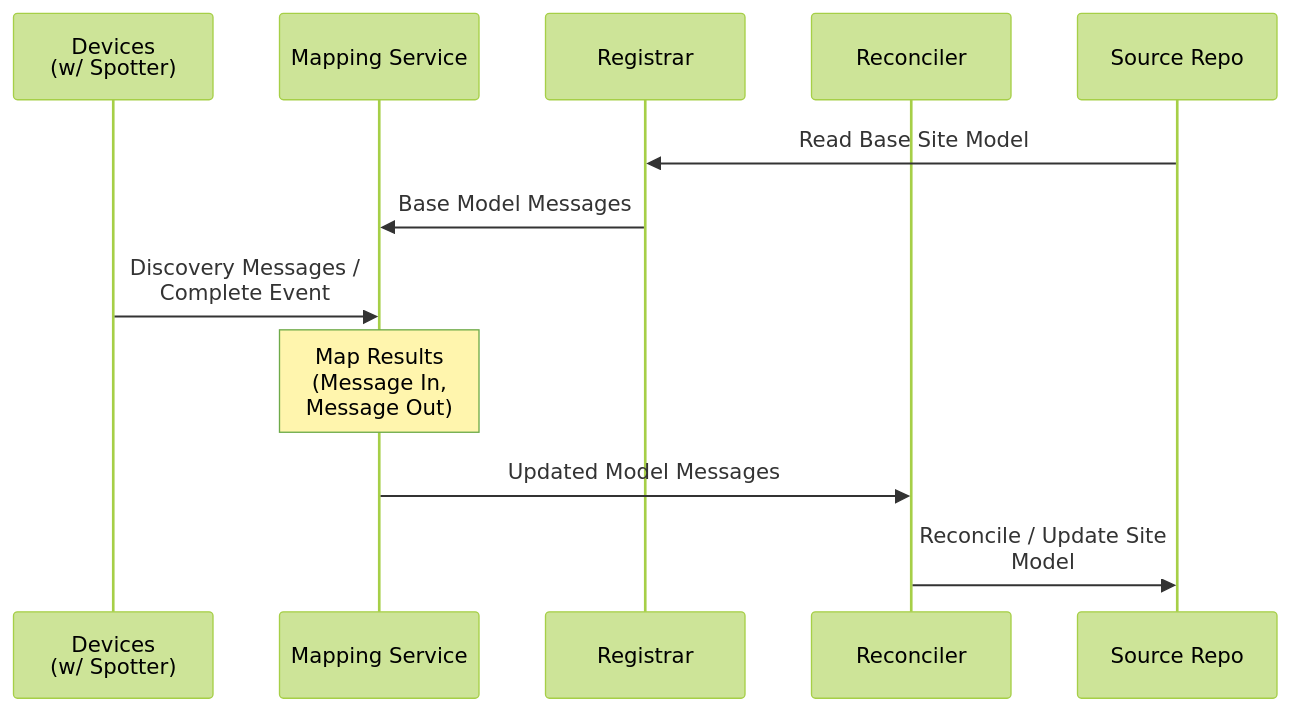
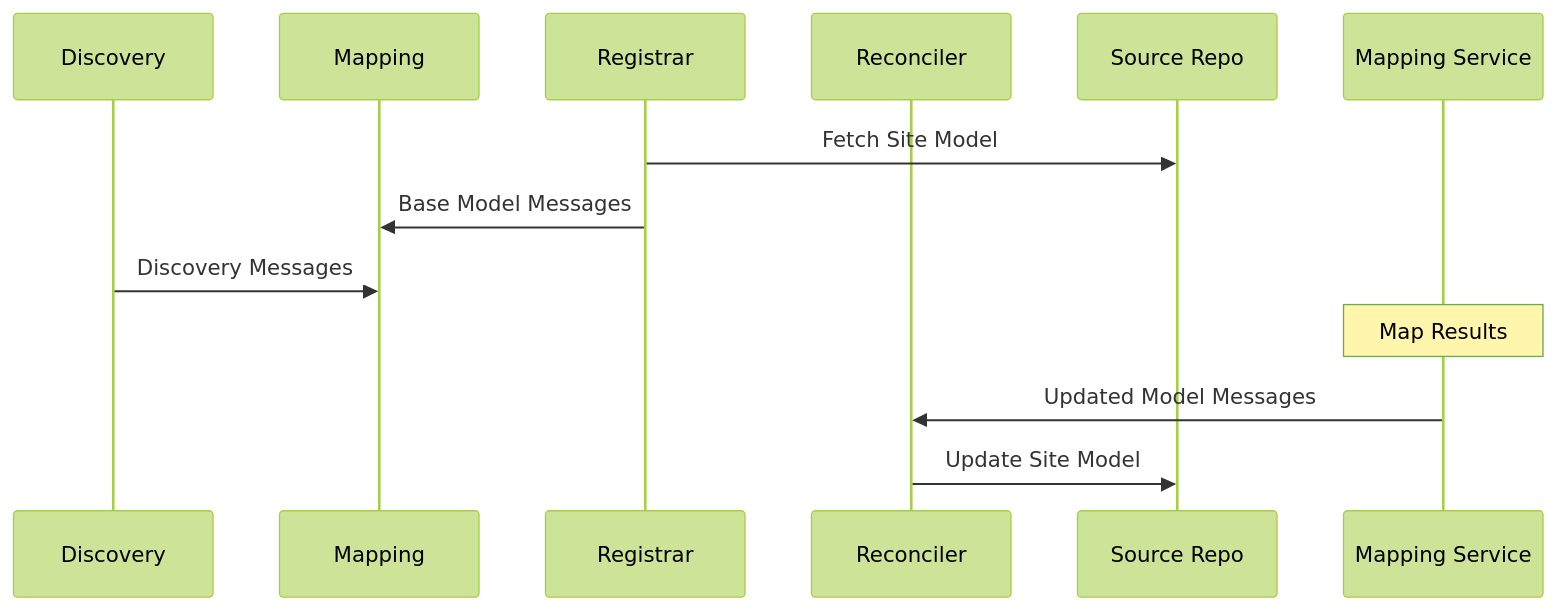
Before and after one commit to faucetsdn/udmi: the first of 2 diagrams in docs/specs/mapping.md, drawn with Mermaid (forest theme). The commit also changed other lines of this file, not shown here.

````diff
--- a/docs/specs/mapping.md
+++ b/docs/specs/mapping.md
@@ -22,16 +22,16 @@
 ```mermaid
 sequenceDiagram
   %%{wrap}%%
-  participant Devices as Devices<br/>(w/ Spotter)
-  participant Mapping Service
+  participant Discovery
+  participant Mapping
   participant Registrar
   participant Reconciler
-  participant Source Repo 
+  participant Source Repo
   
-  Source Repo->>Registrar: Read Base Site Model
-  Registrar->>Mapping Service: Base Model Messages
-  Devices->>Mapping Service: Discovery Messages / Complete Event
-  Note over Mapping Service: Map Results (Message In, Message Out)
+  Registrar->>Source Repo: Fetch Site Model
+  Registrar->>Mapping: Base Model Messages
+  Discovery->>Mapping: Discovery Messages
+  Note over Mapping Service: Map Results
   Mapping Service->>Reconciler: Updated Model Messages
-  Reconciler->>Source Repo: Reconcile / Update Site Model
+  Reconciler->>Source Repo: Update Site Model
 ```
````
